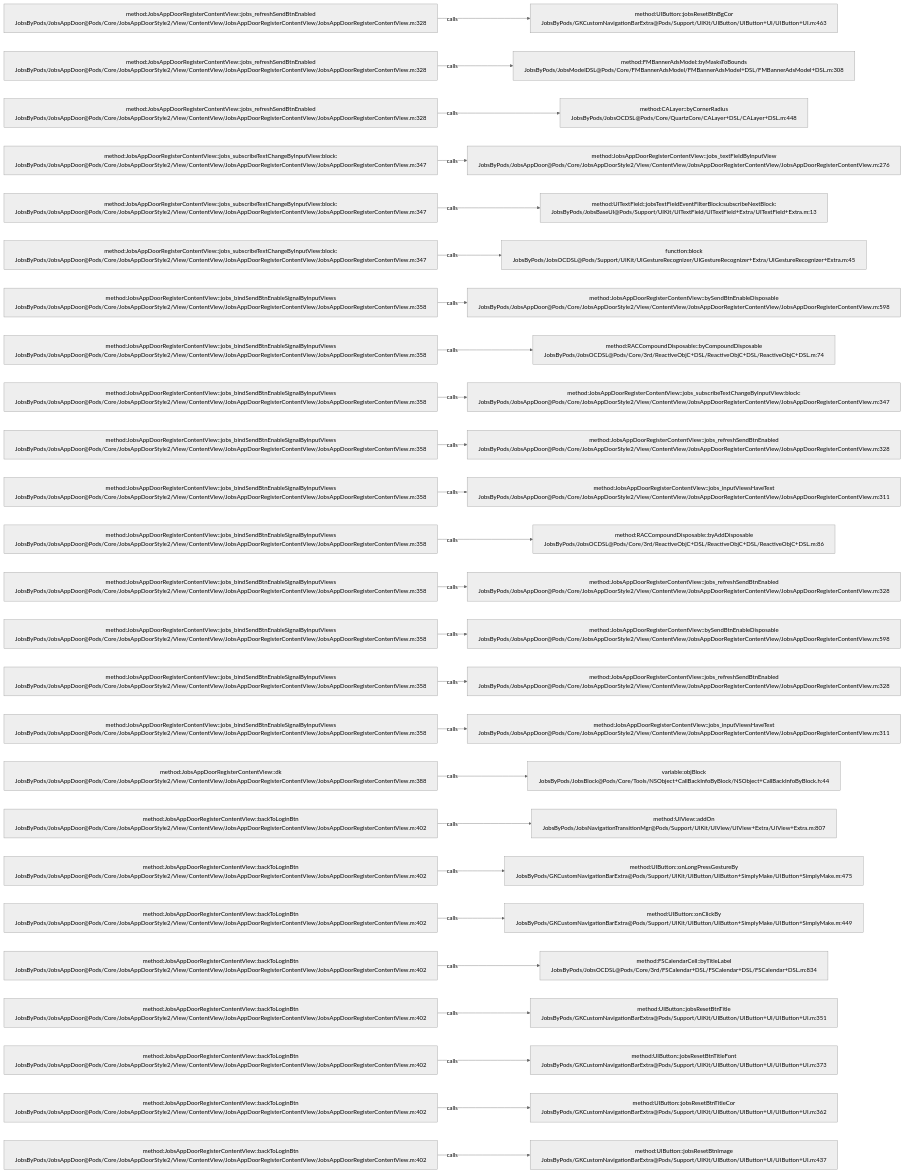
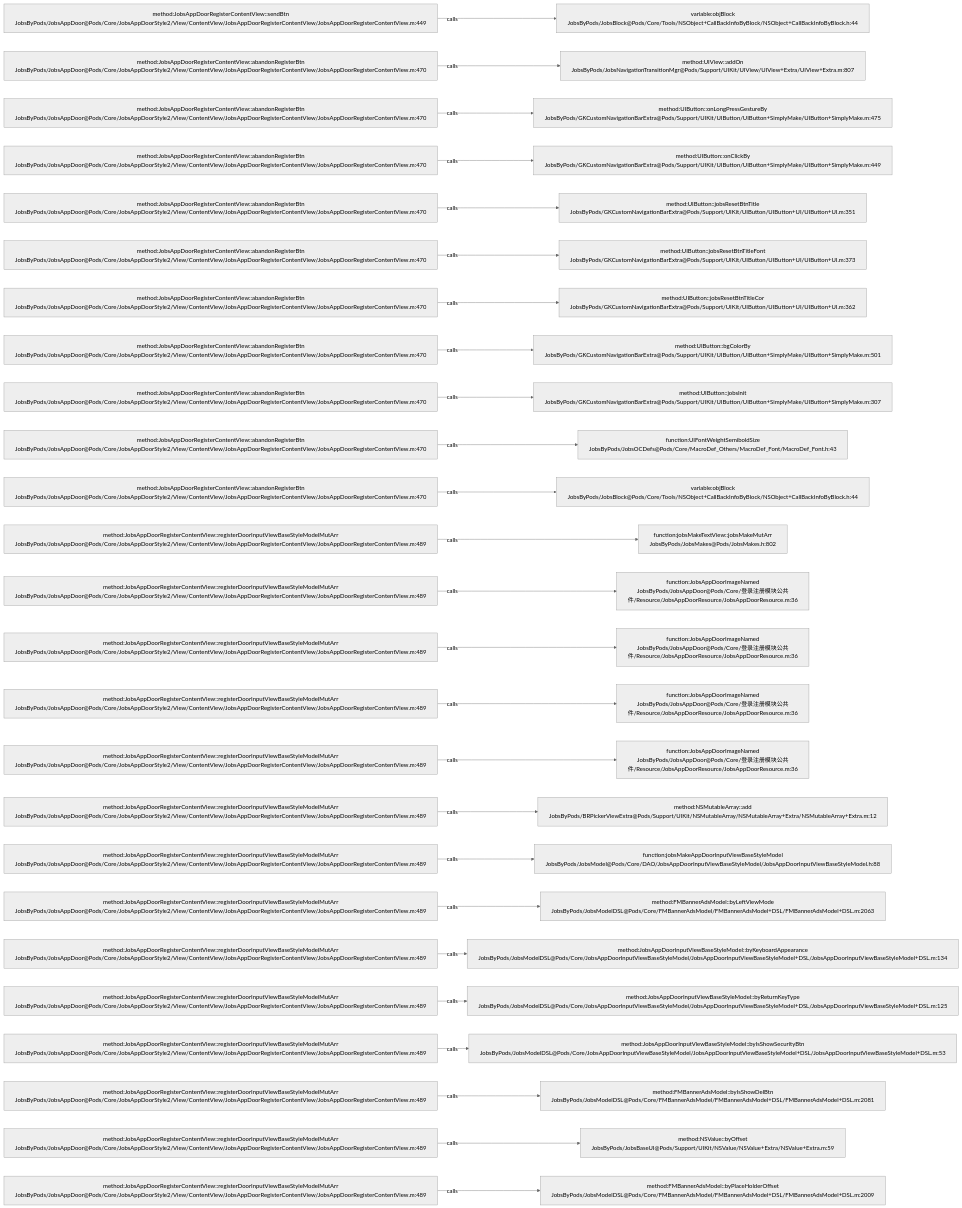
The diagram in .codegraph/codegraph.md/graphs/calls-131.md (JobsKits/JobsOCBaseConfigDemo), drawn with Mermaid (neutral theme) before and after one commit. The commit also changed 223 other files, not shown here.

````diff
--- a/.codegraph/codegraph.md/graphs/calls-131.md
+++ b/.codegraph/codegraph.md/graphs/calls-131.md
@@ -13,78 +13,78 @@
 ```mermaid
 flowchart LR
-  S1["method:JobsAppDoorRegisterContentView::jobs_refreshSendBtnEnabled<br/>JobsByPods/JobsAppDoor@Pods/Core/JobsAppDoorStyle2/View/ContentView/JobsAppDoorRegisterContentView/JobsAppDoorRegisterContentView.m:328"]
-  T1["method:UIButton::jobsResetBtnBgCor<br/>JobsByPods/GKCustomNavigationBarExtra@Pods/Support/UIKit/UIButton/UIButton+UI/UIButton+UI.m:463"]
+  S1["method:JobsAppDoorRegisterContentView::sendBtn<br/>JobsByPods/JobsAppDoor@Pods/Core/JobsAppDoorStyle2/View/ContentView/JobsAppDoorRegisterContentView/JobsAppDoorRegisterContentView.m:449"]
+  T1["variable:objBlock<br/>JobsByPods/JobsBlock@Pods/Core/Tools/NSObject+CallBackInfoByBlock/NSObject+CallBackInfoByBlock.h:44"]
   S1 -->|calls| T1
-  S2["method:JobsAppDoorRegisterContentView::jobs_refreshSendBtnEnabled<br/>JobsByPods/JobsAppDoor@Pods/Core/JobsAppDoorStyle2/View/ContentView/JobsAppDoorRegisterContentView/JobsAppDoorRegisterContentView.m:328"]
-  T2["method:FMBannerAdsModel::byMasksToBounds<br/>JobsByPods/JobsModelDSL@Pods/Core/FMBannerAdsModel/FMBannerAdsModel+DSL/FMBannerAdsModel+DSL.m:308"]
+  S2["method:JobsAppDoorRegisterContentView::abandonRegisterBtn<br/>JobsByPods/JobsAppDoor@Pods/Core/JobsAppDoorStyle2/View/ContentView/JobsAppDoorRegisterContentView/JobsAppDoorRegisterContentView.m:470"]
+  T2["method:UIView::addOn<br/>JobsByPods/JobsNavigationTransitionMgr@Pods/Support/UIKit/UIView/UIView+Extra/UIView+Extra.m:807"]
   S2 -->|calls| T2
-  S3["method:JobsAppDoorRegisterContentView::jobs_refreshSendBtnEnabled<br/>JobsByPods/JobsAppDoor@Pods/Core/JobsAppDoorStyle2/View/ContentView/JobsAppDoorRegisterContentView/JobsAppDoorRegisterContentView.m:328"]
-  T3["method:CALayer::byCornerRadius<br/>JobsByPods/JobsOCDSL@Pods/Core/QuartzCore/CALayer+DSL/CALayer+DSL.m:448"]
+  S3["method:JobsAppDoorRegisterContentView::abandonRegisterBtn<br/>JobsByPods/JobsAppDoor@Pods/Core/JobsAppDoorStyle2/View/ContentView/JobsAppDoorRegisterContentView/JobsAppDoorRegisterContentView.m:470"]
+  T3["method:UIButton::onLongPressGestureBy<br/>JobsByPods/GKCustomNavigationBarExtra@Pods/Support/UIKit/UIButton/UIButton+SimplyMake/UIButton+SimplyMake.m:475"]
   S3 -->|calls| T3
-  S4["method:JobsAppDoorRegisterContentView::jobs_subscribeTextChangeByInputView:block:<br/>JobsByPods/JobsAppDoor@Pods/Core/JobsAppDoorStyle2/View/ContentView/JobsAppDoorRegisterContentView/JobsAppDoorRegisterContentView.m:347"]
-  T4["method:JobsAppDoorRegisterContentView::jobs_textFieldByInputView<br/>JobsByPods/JobsAppDoor@Pods/Core/JobsAppDoorStyle2/View/ContentView/JobsAppDoorRegisterContentView/JobsAppDoorRegisterContentView.m:276"]
+  S4["method:JobsAppDoorRegisterContentView::abandonRegisterBtn<br/>JobsByPods/JobsAppDoor@Pods/Core/JobsAppDoorStyle2/View/ContentView/JobsAppDoorRegisterContentView/JobsAppDoorRegisterContentView.m:470"]
+  T4["method:UIButton::onClickBy<br/>JobsByPods/GKCustomNavigationBarExtra@Pods/Support/UIKit/UIButton/UIButton+SimplyMake/UIButton+SimplyMake.m:449"]
   S4 -->|calls| T4
-  S5["method:JobsAppDoorRegisterContentView::jobs_subscribeTextChangeByInputView:block:<br/>JobsByPods/JobsAppDoor@Pods/Core/JobsAppDoorStyle2/View/ContentView/JobsAppDoorRegisterContentView/JobsAppDoorRegisterContentView.m:347"]
-  T5["method:UITextField::jobsTextFieldEventFilterBlock:subscribeNextBlock:<br/>JobsByPods/JobsBaseUI@Pods/Support/UIKit/UITextField/UITextField+Extra/UITextField+Extra.m:13"]
+  S5["method:JobsAppDoorRegisterContentView::abandonRegisterBtn<br/>JobsByPods/JobsAppDoor@Pods/Core/JobsAppDoorStyle2/View/ContentView/JobsAppDoorRegisterContentView/JobsAppDoorRegisterContentView.m:470"]
+  T5["method:UIButton::jobsResetBtnTitle<br/>JobsByPods/GKCustomNavigationBarExtra@Pods/Support/UIKit/UIButton/UIButton+UI/UIButton+UI.m:351"]
   S5 -->|calls| T5
-  S6["method:JobsAppDoorRegisterContentView::jobs_subscribeTextChangeByInputView:block:<br/>JobsByPods/JobsAppDoor@Pods/Core/JobsAppDoorStyle2/View/ContentView/JobsAppDoorRegisterContentView/JobsAppDoorRegisterContentView.m:347"]
-  T6["function:block<br/>JobsByPods/JobsOCDSL@Pods/Support/UIKit/UIGestureRecognizer/UIGestureRecognizer+Extra/UIGestureRecognizer+Extra.m:45"]
+  S6["method:JobsAppDoorRegisterContentView::abandonRegisterBtn<br/>JobsByPods/JobsAppDoor@Pods/Core/JobsAppDoorStyle2/View/ContentView/JobsAppDoorRegisterContentView/JobsAppDoorRegisterContentView.m:470"]
+  T6["method:UIButton::jobsResetBtnTitleFont<br/>JobsByPods/GKCustomNavigationBarExtra@Pods/Support/UIKit/UIButton/UIButton+UI/UIButton+UI.m:373"]
   S6 -->|calls| T6
-  S7["method:JobsAppDoorRegisterContentView::jobs_bindSendBtnEnableSignalByInputViews<br/>JobsByPods/JobsAppDoor@Pods/Core/JobsAppDoorStyle2/View/ContentView/JobsAppDoorRegisterContentView/JobsAppDoorRegisterContentView.m:358"]
-  T7["method:JobsAppDoorRegisterContentView::bySendBtnEnableDisposable<br/>JobsByPods/JobsAppDoor@Pods/Core/JobsAppDoorStyle2/View/ContentView/JobsAppDoorRegisterContentView/JobsAppDoorRegisterContentView.m:598"]
+  S7["method:JobsAppDoorRegisterContentView::abandonRegisterBtn<br/>JobsByPods/JobsAppDoor@Pods/Core/JobsAppDoorStyle2/View/ContentView/JobsAppDoorRegisterContentView/JobsAppDoorRegisterContentView.m:470"]
+  T7["method:UIButton::jobsResetBtnTitleCor<br/>JobsByPods/GKCustomNavigationBarExtra@Pods/Support/UIKit/UIButton/UIButton+UI/UIButton+UI.m:362"]
   S7 -->|calls| T7
-  S8["method:JobsAppDoorRegisterContentView::jobs_bindSendBtnEnableSignalByInputViews<br/>JobsByPods/JobsAppDoor@Pods/Core/JobsAppDoorStyle2/View/ContentView/JobsAppDoorRegisterContentView/JobsAppDoorRegisterContentView.m:358"]
-  T8["method:RACCompoundDisposable::byCompoundDisposable<br/>JobsByPods/JobsOCDSL@Pods/Core/3rd/ReactiveObjC+DSL/ReactiveObjC+DSL/ReactiveObjC+DSL.m:74"]
+  S8["method:JobsAppDoorRegisterContentView::abandonRegisterBtn<br/>JobsByPods/JobsAppDoor@Pods/Core/JobsAppDoorStyle2/View/ContentView/JobsAppDoorRegisterContentView/JobsAppDoorRegisterContentView.m:470"]
+  T8["method:UIButton::bgColorBy<br/>JobsByPods/GKCustomNavigationBarExtra@Pods/Support/UIKit/UIButton/UIButton+SimplyMake/UIButton+SimplyMake.m:501"]
   S8 -->|calls| T8
-  S9["method:JobsAppDoorRegisterContentView::jobs_bindSendBtnEnableSignalByInputViews<br/>JobsByPods/JobsAppDoor@Pods/Core/JobsAppDoorStyle2/View/ContentView/JobsAppDoorRegisterContentView/JobsAppDoorRegisterContentView.m:358"]
-  T9["method:JobsAppDoorRegisterContentView::jobs_subscribeTextChangeByInputView:block:<br/>JobsByPods/JobsAppDoor@Pods/Core/JobsAppDoorStyle2/View/ContentView/JobsAppDoorRegisterContentView/JobsAppDoorRegisterContentView.m:347"]
+  S9["method:JobsAppDoorRegisterContentView::abandonRegisterBtn<br/>JobsByPods/JobsAppDoor@Pods/Core/JobsAppDoorStyle2/View/ContentView/JobsAppDoorRegisterContentView/JobsAppDoorRegisterContentView.m:470"]
+  T9["method:UIButton::jobsInit<br/>JobsByPods/GKCustomNavigationBarExtra@Pods/Support/UIKit/UIButton/UIButton+SimplyMake/UIButton+SimplyMake.m:307"]
   S9 -->|calls| T9
-  S10["method:JobsAppDoorRegisterContentView::jobs_bindSendBtnEnableSignalByInputViews<br/>JobsByPods/JobsAppDoor@Pods/Core/JobsAppDoorStyle2/View/ContentView/JobsAppDoorRegisterContentView/JobsAppDoorRegisterContentView.m:358"]
-  T10["method:JobsAppDoorRegisterContentView::jobs_refreshSendBtnEnabled<br/>JobsByPods/JobsAppDoor@Pods/Core/JobsAppDoorStyle2/View/ContentView/JobsAppDoorRegisterContentView/JobsAppDoorRegisterContentView.m:328"]
+  S10["method:JobsAppDoorRegisterContentView::abandonRegisterBtn<br/>JobsByPods/JobsAppDoor@Pods/Core/JobsAppDoorStyle2/View/ContentView/JobsAppDoorRegisterContentView/JobsAppDoorRegisterContentView.m:470"]
+  T10["function:UIFontWeightSemiboldSize<br/>JobsByPods/JobsOCDefs@Pods/Core/MacroDef_Others/MacroDef_Font/MacroDef_Font.h:43"]
   S10 -->|calls| T10
-  S11["method:JobsAppDoorRegisterContentView::jobs_bindSendBtnEnableSignalByInputViews<br/>JobsByPods/JobsAppDoor@Pods/Core/JobsAppDoorStyle2/View/ContentView/JobsAppDoorRegisterContentView/JobsAppDoorRegisterContentView.m:358"]
-  T11["method:JobsAppDoorRegisterContentView::jobs_inputViewsHaveText<br/>JobsByPods/JobsAppDoor@Pods/Core/JobsAppDoorStyle2/View/ContentView/JobsAppDoorRegisterContentView/JobsAppDoorRegisterContentView.m:311"]
+  S11["method:JobsAppDoorRegisterContentView::abandonRegisterBtn<br/>JobsByPods/JobsAppDoor@Pods/Core/JobsAppDoorStyle2/View/ContentView/JobsAppDoorRegisterContentView/JobsAppDoorRegisterContentView.m:470"]
+  T11["variable:objBlock<br/>JobsByPods/JobsBlock@Pods/Core/Tools/NSObject+CallBackInfoByBlock/NSObject+CallBackInfoByBlock.h:44"]
   S11 -->|calls| T11
-  S12["method:JobsAppDoorRegisterContentView::jobs_bindSendBtnEnableSignalByInputViews<br/>JobsByPods/JobsAppDoor@Pods/Core/JobsAppDoorStyle2/View/ContentView/JobsAppDoorRegisterContentView/JobsAppDoorRegisterContentView.m:358"]
-  T12["method:RACCompoundDisposable::byAddDisposable<br/>JobsByPods/JobsOCDSL@Pods/Core/3rd/ReactiveObjC+DSL/ReactiveObjC+DSL/ReactiveObjC+DSL.m:86"]
+  S12["method:JobsAppDoorRegisterContentView::registerDoorInputViewBaseStyleModelMutArr<br/>JobsByPods/JobsAppDoor@Pods/Core/JobsAppDoorStyle2/View/ContentView/JobsAppDoorRegisterContentView/JobsAppDoorRegisterContentView.m:489"]
+  T12["function:jobsMakeTextView::jobsMakeMutArr<br/>JobsByPods/JobsMakes@Pods/JobsMakes.h:802"]
   S12 -->|calls| T12
-  S13["method:JobsAppDoorRegisterContentView::jobs_bindSendBtnEnableSignalByInputViews<br/>JobsByPods/JobsAppDoor@Pods/Core/JobsAppDoorStyle2/View/ContentView/JobsAppDoorRegisterContentView/JobsAppDoorRegisterContentView.m:358"]
-  T13["method:JobsAppDoorRegisterContentView::jobs_refreshSendBtnEnabled<br/>JobsByPods/JobsAppDoor@Pods/Core/JobsAppDoorStyle2/View/ContentView/JobsAppDoorRegisterContentView/JobsAppDoorRegisterContentView.m:328"]
+  S13["method:JobsAppDoorRegisterContentView::registerDoorInputViewBaseStyleModelMutArr<br/>JobsByPods/JobsAppDoor@Pods/Core/JobsAppDoorStyle2/View/ContentView/JobsAppDoorRegisterContentView/JobsAppDoorRegisterContentView.m:489"]
+  T13["function:JobsAppDoorImageNamed<br/>JobsByPods/JobsAppDoor@Pods/Core/登录注册模块公共件/Resource/JobsAppDoorResource/JobsAppDoorResource.m:36"]
   S13 -->|calls| T13
-  S14["method:JobsAppDoorRegisterContentView::jobs_bindSendBtnEnableSignalByInputViews<br/>JobsByPods/JobsAppDoor@Pods/Core/JobsAppDoorStyle2/View/ContentView/JobsAppDoorRegisterContentView/JobsAppDoorRegisterContentView.m:358"]
-  T14["method:JobsAppDoorRegisterContentView::bySendBtnEnableDisposable<br/>JobsByPods/JobsAppDoor@Pods/Core/JobsAppDoorStyle2/View/ContentView/JobsAppDoorRegisterContentView/JobsAppDoorRegisterContentView.m:598"]
+  S14["method:JobsAppDoorRegisterContentView::registerDoorInputViewBaseStyleModelMutArr<br/>JobsByPods/JobsAppDoor@Pods/Core/JobsAppDoorStyle2/View/ContentView/JobsAppDoorRegisterContentView/JobsAppDoorRegisterContentView.m:489"]
+  T14["function:JobsAppDoorImageNamed<br/>JobsByPods/JobsAppDoor@Pods/Core/登录注册模块公共件/Resource/JobsAppDoorResource/JobsAppDoorResource.m:36"]
   S14 -->|calls| T14
-  S15["method:JobsAppDoorRegisterContentView::jobs_bindSendBtnEnableSignalByInputViews<br/>JobsByPods/JobsAppDoor@Pods/Core/JobsAppDoorStyle2/View/ContentView/JobsAppDoorRegisterContentView/JobsAppDoorRegisterContentView.m:358"]
-  T15["method:JobsAppDoorRegisterContentView::jobs_refreshSendBtnEnabled<br/>JobsByPods/JobsAppDoor@Pods/Core/JobsAppDoorStyle2/View/ContentView/JobsAppDoorRegisterContentView/JobsAppDoorRegisterContentView.m:328"]
+  S15["method:JobsAppDoorRegisterContentView::registerDoorInputViewBaseStyleModelMutArr<br/>JobsByPods/JobsAppDoor@Pods/Core/JobsAppDoorStyle2/View/ContentView/JobsAppDoorRegisterContentView/JobsAppDoorRegisterContentView.m:489"]
+  T15["function:JobsAppDoorImageNamed<br/>JobsByPods/JobsAppDoor@Pods/Core/登录注册模块公共件/Resource/JobsAppDoorResource/JobsAppDoorResource.m:36"]
   S15 -->|calls| T15
-  S16["method:JobsAppDoorRegisterContentView::jobs_bindSendBtnEnableSignalByInputViews<br/>JobsByPods/JobsAppDoor@Pods/Core/JobsAppDoorStyle2/View/ContentView/JobsAppDoorRegisterContentView/JobsAppDoorRegisterContentView.m:358"]
-  T16["method:JobsAppDoorRegisterContentView::jobs_inputViewsHaveText<br/>JobsByPods/JobsAppDoor@Pods/Core/JobsAppDoorStyle2/View/ContentView/JobsAppDoorRegisterContentView/JobsAppDoorRegisterContentView.m:311"]
+  S16["method:JobsAppDoorRegisterContentView::registerDoorInputViewBaseStyleModelMutArr<br/>JobsByPods/JobsAppDoor@Pods/Core/JobsAppDoorStyle2/View/ContentView/JobsAppDoorRegisterContentView/JobsAppDoorRegisterContentView.m:489"]
+  T16["function:JobsAppDoorImageNamed<br/>JobsByPods/JobsAppDoor@Pods/Core/登录注册模块公共件/Resource/JobsAppDoorResource/JobsAppDoorResource.m:36"]
   S16 -->|calls| T16
-  S17["method:JobsAppDoorRegisterContentView::dk<br/>JobsByPods/JobsAppDoor@Pods/Core/JobsAppDoorStyle2/View/ContentView/JobsAppDoorRegisterContentView/JobsAppDoorRegisterContentView.m:388"]
-  T17["variable:objBlock<br/>JobsByPods/JobsBlock@Pods/Core/Tools/NSObject+CallBackInfoByBlock/NSObject+CallBackInfoByBlock.h:44"]
+  S17["method:JobsAppDoorRegisterContentView::registerDoorInputViewBaseStyleModelMutArr<br/>JobsByPods/JobsAppDoor@Pods/Core/JobsAppDoorStyle2/View/ContentView/JobsAppDoorRegisterContentView/JobsAppDoorRegisterContentView.m:489"]
+  T17["method:NSMutableArray::add<br/>JobsByPods/BRPickerViewExtra@Pods/Support/UIKit/NSMutableArray/NSMutableArray+Extra/NSMutableArray+Extra.m:12"]
   S17 -->|calls| T17
-  S18["method:JobsAppDoorRegisterContentView::backToLoginBtn<br/>JobsByPods/JobsAppDoor@Pods/Core/JobsAppDoorStyle2/View/ContentView/JobsAppDoorRegisterContentView/JobsAppDoorRegisterContentView.m:402"]
-  T18["method:UIView::addOn<br/>JobsByPods/JobsNavigationTransitionMgr@Pods/Support/UIKit/UIView/UIView+Extra/UIView+Extra.m:807"]
+  S18["method:JobsAppDoorRegisterContentView::registerDoorInputViewBaseStyleModelMutArr<br/>JobsByPods/JobsAppDoor@Pods/Core/JobsAppDoorStyle2/View/ContentView/JobsAppDoorRegisterContentView/JobsAppDoorRegisterContentView.m:489"]
+  T18["function:jobsMakeAppDoorInputViewBaseStyleModel<br/>JobsByPods/JobsModel@Pods/Core/DAO/JobsAppDoorInputViewBaseStyleModel/JobsAppDoorInputViewBaseStyleModel.h:88"]
   S18 -->|calls| T18
-  S19["method:JobsAppDoorRegisterContentView::backToLoginBtn<br/>JobsByPods/JobsAppDoor@Pods/Core/JobsAppDoorStyle2/View/ContentView/JobsAppDoorRegisterContentView/JobsAppDoorRegisterContentView.m:402"]
-  T19["method:UIButton::onLongPressGestureBy<br/>JobsByPods/GKCustomNavigationBarExtra@Pods/Support/UIKit/UIButton/UIButton+SimplyMake/UIButton+SimplyMake.m:475"]
+  S19["method:JobsAppDoorRegisterContentView::registerDoorInputViewBaseStyleModelMutArr<br/>JobsByPods/JobsAppDoor@Pods/Core/JobsAppDoorStyle2/View/ContentView/JobsAppDoorRegisterContentView/JobsAppDoorRegisterContentView.m:489"]
+  T19["method:FMBannerAdsModel::byLeftViewMode<br/>JobsByPods/JobsModelDSL@Pods/Core/FMBannerAdsModel/FMBannerAdsModel+DSL/FMBannerAdsModel+DSL.m:2063"]
   S19 -->|calls| T19
-  S20["method:JobsAppDoorRegisterContentView::backToLoginBtn<br/>JobsByPods/JobsAppDoor@Pods/Core/JobsAppDoorStyle2/View/ContentView/JobsAppDoorRegisterContentView/JobsAppDoorRegisterContentView.m:402"]
-  T20["method:UIButton::onClickBy<br/>JobsByPods/GKCustomNavigationBarExtra@Pods/Support/UIKit/UIButton/UIButton+SimplyMake/UIButton+SimplyMake.m:449"]
+  S20["method:JobsAppDoorRegisterContentView::registerDoorInputViewBaseStyleModelMutArr<br/>JobsByPods/JobsAppDoor@Pods/Core/JobsAppDoorStyle2/View/ContentView/JobsAppDoorRegisterContentView/JobsAppDoorRegisterContentView.m:489"]
+  T20["method:JobsAppDoorInputViewBaseStyleModel::byKeyboardAppearance<br/>JobsByPods/JobsModelDSL@Pods/Core/JobsAppDoorInputViewBaseStyleModel/JobsAppDoorInputViewBaseStyleModel+DSL/JobsAppDoorInputViewBaseStyleModel+DSL.m:134"]
   S20 -->|calls| T20
-  S21["method:JobsAppDoorRegisterContentView::backToLoginBtn<br/>JobsByPods/JobsAppDoor@Pods/Core/JobsAppDoorStyle2/View/ContentView/JobsAppDoorRegisterContentView/JobsAppDoorRegisterContentView.m:402"]
-  T21["method:FSCalendarCell::byTitleLabel<br/>JobsByPods/JobsOCDSL@Pods/Core/3rd/FSCalendar+DSL/FSCalendar+DSL/FSCalendar+DSL.m:834"]
+  S21["method:JobsAppDoorRegisterContentView::registerDoorInputViewBaseStyleModelMutArr<br/>JobsByPods/JobsAppDoor@Pods/Core/JobsAppDoorStyle2/View/ContentView/JobsAppDoorRegisterContentView/JobsAppDoorRegisterContentView.m:489"]
+  T21["method:JobsAppDoorInputViewBaseStyleModel::byReturnKeyType<br/>JobsByPods/JobsModelDSL@Pods/Core/JobsAppDoorInputViewBaseStyleModel/JobsAppDoorInputViewBaseStyleModel+DSL/JobsAppDoorInputViewBaseStyleModel+DSL.m:125"]
   S21 -->|calls| T21
-  S22["method:JobsAppDoorRegisterContentView::backToLoginBtn<br/>JobsByPods/JobsAppDoor@Pods/Core/JobsAppDoorStyle2/View/ContentView/JobsAppDoorRegisterContentView/JobsAppDoorRegisterContentView.m:402"]
-  T22["method:UIButton::jobsResetBtnTitle<br/>JobsByPods/GKCustomNavigationBarExtra@Pods/Support/UIKit/UIButton/UIButton+UI/UIButton+UI.m:351"]
+  S22["method:JobsAppDoorRegisterContentView::registerDoorInputViewBaseStyleModelMutArr<br/>JobsByPods/JobsAppDoor@Pods/Core/JobsAppDoorStyle2/View/ContentView/JobsAppDoorRegisterContentView/JobsAppDoorRegisterContentView.m:489"]
+  T22["method:JobsAppDoorInputViewBaseStyleModel::byIsShowSecurityBtn<br/>JobsByPods/JobsModelDSL@Pods/Core/JobsAppDoorInputViewBaseStyleModel/JobsAppDoorInputViewBaseStyleModel+DSL/JobsAppDoorInputViewBaseStyleModel+DSL.m:53"]
   S22 -->|calls| T22
-  S23["method:JobsAppDoorRegisterContentView::backToLoginBtn<br/>JobsByPods/JobsAppDoor@Pods/Core/JobsAppDoorStyle2/View/ContentView/JobsAppDoorRegisterContentView/JobsAppDoorRegisterContentView.m:402"]
-  T23["method:UIButton::jobsResetBtnTitleFont<br/>JobsByPods/GKCustomNavigationBarExtra@Pods/Support/UIKit/UIButton/UIButton+UI/UIButton+UI.m:373"]
+  S23["method:JobsAppDoorRegisterContentView::registerDoorInputViewBaseStyleModelMutArr<br/>JobsByPods/JobsAppDoor@Pods/Core/JobsAppDoorStyle2/View/ContentView/JobsAppDoorRegisterContentView/JobsAppDoorRegisterContentView.m:489"]
+  T23["method:FMBannerAdsModel::byIsShowDelBtn<br/>JobsByPods/JobsModelDSL@Pods/Core/FMBannerAdsModel/FMBannerAdsModel+DSL/FMBannerAdsModel+DSL.m:2081"]
   S23 -->|calls| T23
-  S24["method:JobsAppDoorRegisterContentView::backToLoginBtn<br/>JobsByPods/JobsAppDoor@Pods/Core/JobsAppDoorStyle2/View/ContentView/JobsAppDoorRegisterContentView/JobsAppDoorRegisterContentView.m:402"]
-  T24["method:UIButton::jobsResetBtnTitleCor<br/>JobsByPods/GKCustomNavigationBarExtra@Pods/Support/UIKit/UIButton/UIButton+UI/UIButton+UI.m:362"]
+  S24["method:JobsAppDoorRegisterContentView::registerDoorInputViewBaseStyleModelMutArr<br/>JobsByPods/JobsAppDoor@Pods/Core/JobsAppDoorStyle2/View/ContentView/JobsAppDoorRegisterContentView/JobsAppDoorRegisterContentView.m:489"]
+  T24["method:NSValue::byOffset<br/>JobsByPods/JobsBaseUI@Pods/Support/UIKit/NSValue/NSValue+Extra/NSValue+Extra.m:59"]
   S24 -->|calls| T24
-  S25["method:JobsAppDoorRegisterContentView::backToLoginBtn<br/>JobsByPods/JobsAppDoor@Pods/Core/JobsAppDoorStyle2/View/ContentView/JobsAppDoorRegisterContentView/JobsAppDoorRegisterContentView.m:402"]
-  T25["method:UIButton::jobsResetBtnImage<br/>JobsByPods/GKCustomNavigationBarExtra@Pods/Support/UIKit/UIButton/UIButton+UI/UIButton+UI.m:437"]
+  S25["method:JobsAppDoorRegisterContentView::registerDoorInputViewBaseStyleModelMutArr<br/>JobsByPods/JobsAppDoor@Pods/Core/JobsAppDoorStyle2/View/ContentView/JobsAppDoorRegisterContentView/JobsAppDoorRegisterContentView.m:489"]
+  T25["method:FMBannerAdsModel::byPlaceHolderOffset<br/>JobsByPods/JobsModelDSL@Pods/Core/FMBannerAdsModel/FMBannerAdsModel+DSL/FMBannerAdsModel+DSL.m:2009"]
   S25 -->|calls| T25
 ```
````
